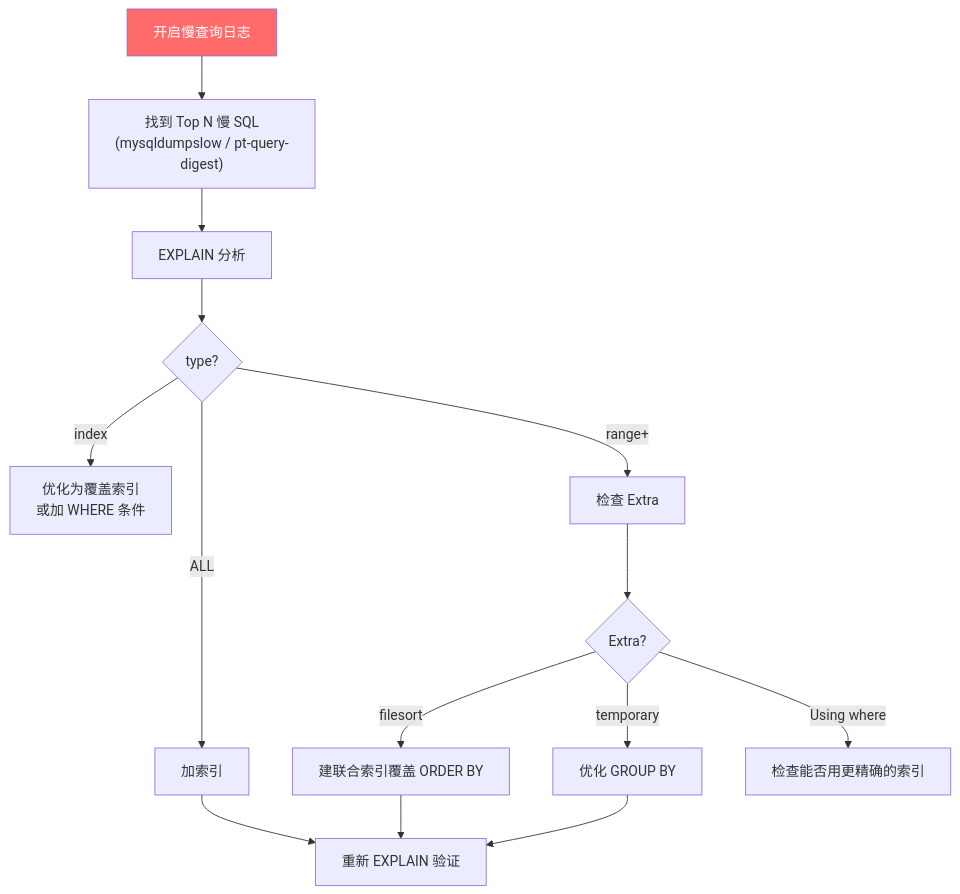
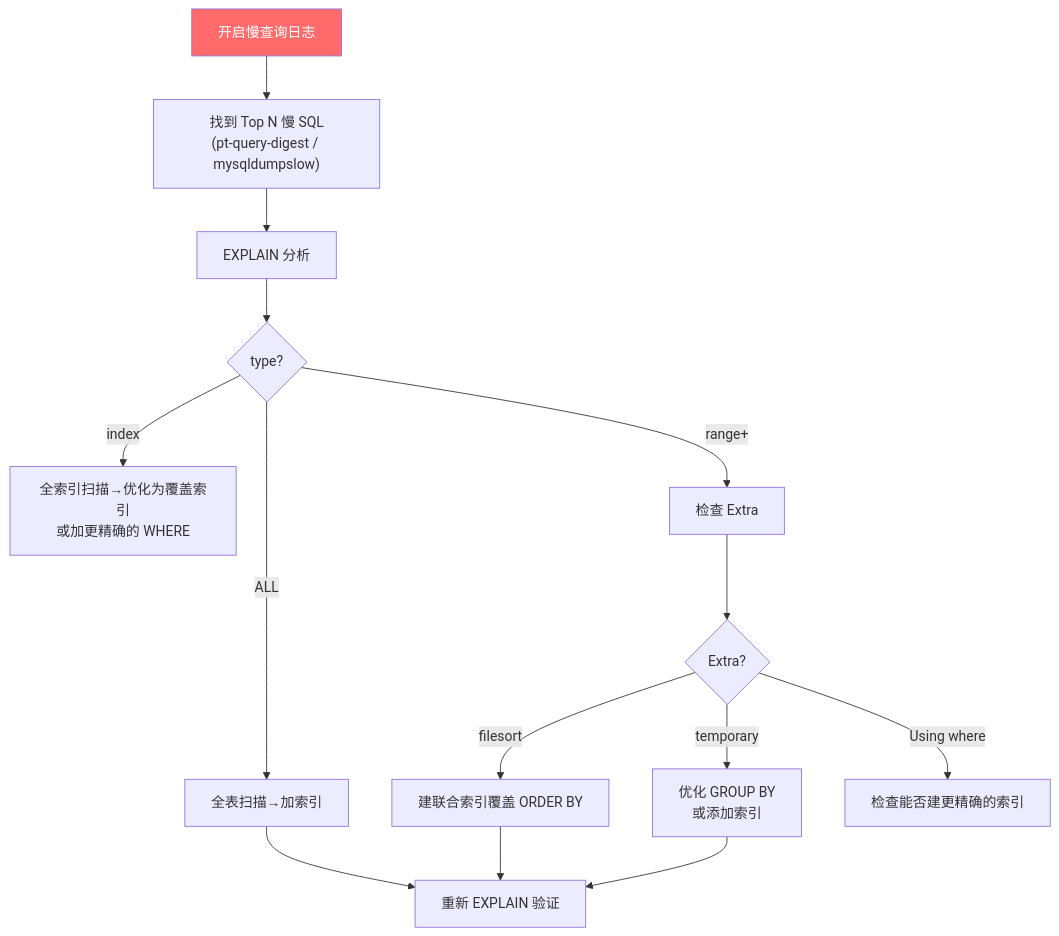
Before and after one commit to qigao0787-ops/gq-test: diagram 31 of 34 in document/strengthen/性能调优面试总结_增强版.md, drawn with Mermaid. The commit also changed other lines of this file, not shown here.

````diff
--- a/document/strengthen/性能调优面试总结_增强版.md
+++ b/document/strengthen/性能调优面试总结_增强版.md
@@ -2034,20 +2347,20 @@
 ```mermaid
 flowchart TD
-    A["开启慢查询日志"] --> B["找到 Top N 慢 SQL<br/>(mysqldumpslow / pt-query-digest)"]
+    A["开启慢查询日志"] --> B["找到 Top N 慢 SQL<br/>(pt-query-digest / mysqldumpslow)"]
     B --> C["EXPLAIN 分析"]
     C --> D{"type?"}
-    D -->|ALL| E["加索引"]
-    D -->|index| F["优化为覆盖索引<br/>或加 WHERE 条件"]
+    D -->|ALL| E["全表扫描→加索引"]
+    D -->|index| F["全索引扫描→优化为覆盖索引<br/>或加更精确的 WHERE"]
     D -->|range+| G["检查 Extra"]
 
     G --> H{"Extra?"}
     H -->|filesort| I["建联合索引覆盖 ORDER BY"]
-    H -->|temporary| J["优化 GROUP BY"]
-    H -->|Using where| K["检查能否用更精确的索引"]
+    H -->|temporary| J["优化 GROUP BY<br/>或添加索引"]
+    H -->|Using where| K["检查能否建更精确的索引"]
 
     E --> L["重新 EXPLAIN 验证"]
     I --> L
     J --> L
 
     style A fill:#ff6b6b,color:#fff
 ```
````
